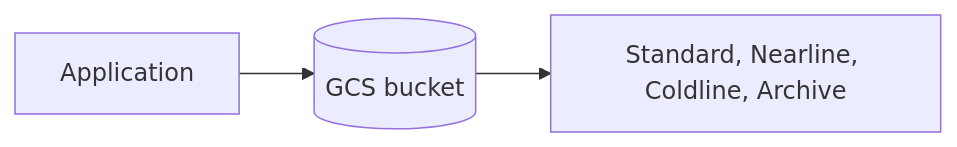
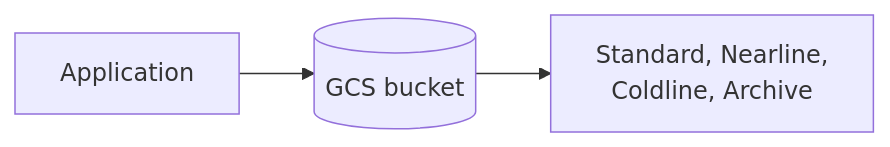
The second of 4 diagrams in system-design/storage/object-stores.md (zirachw/LockedIn), drawn with Mermaid before and after one commit.

Commit message:
feat: adjust object stores

````diff
--- a/system-design/storage/object-stores.md
+++ b/system-design/storage/object-stores.md
@@ -44,5 +44,5 @@
 ```mermaid
 flowchart LR
     A[Application] --> GCS[(GCS bucket)]
-    GCS --> T1[Standard, Nearline, Coldline, Archive]
+    GCS --> T1[Standard, Nearline,<br/>Coldline, Archive]
 ```
````
